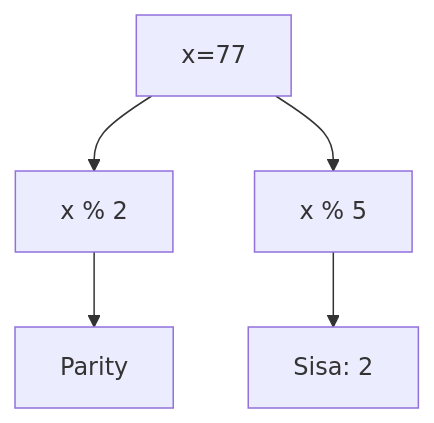
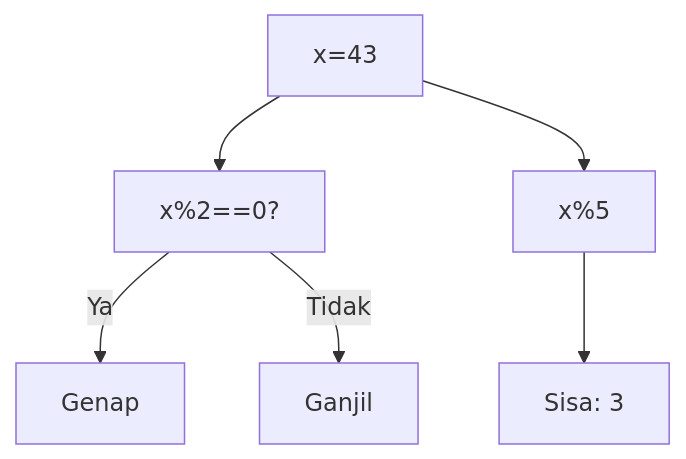
The second of 25 diagrams in part-c-pemahaman-cpp/04-fungsi/latihan/set-06.md (amnahwaida/OSNK_INF_PREP), drawn with Mermaid before and after one commit. The commit also changed other lines of this file and 71 other files, not shown here.

Commit message:
Fixed Mermaid syntax lexical errors with quoted labels in 1,800 questions

````diff
--- a/part-c-pemahaman-cpp/04-fungsi/latihan/set-06.md
+++ b/part-c-pemahaman-cpp/04-fungsi/latihan/set-06.md
@@ -54,7 +54,8 @@
 ```mermaid
 graph TD
-A[x=77] --> B[x % 2]
-B --> C[Parity]
-A --> D[x % 5]
-D --> E[Sisa: 2]
+A["x=43"] --> B["x%2==0?"]
+B -- Ya --> C["Genap"]
+B -- Tidak --> D["Ganjil"]
+A --> E["x%5"]
+E --> F["Sisa: 3"]
 ```
````
